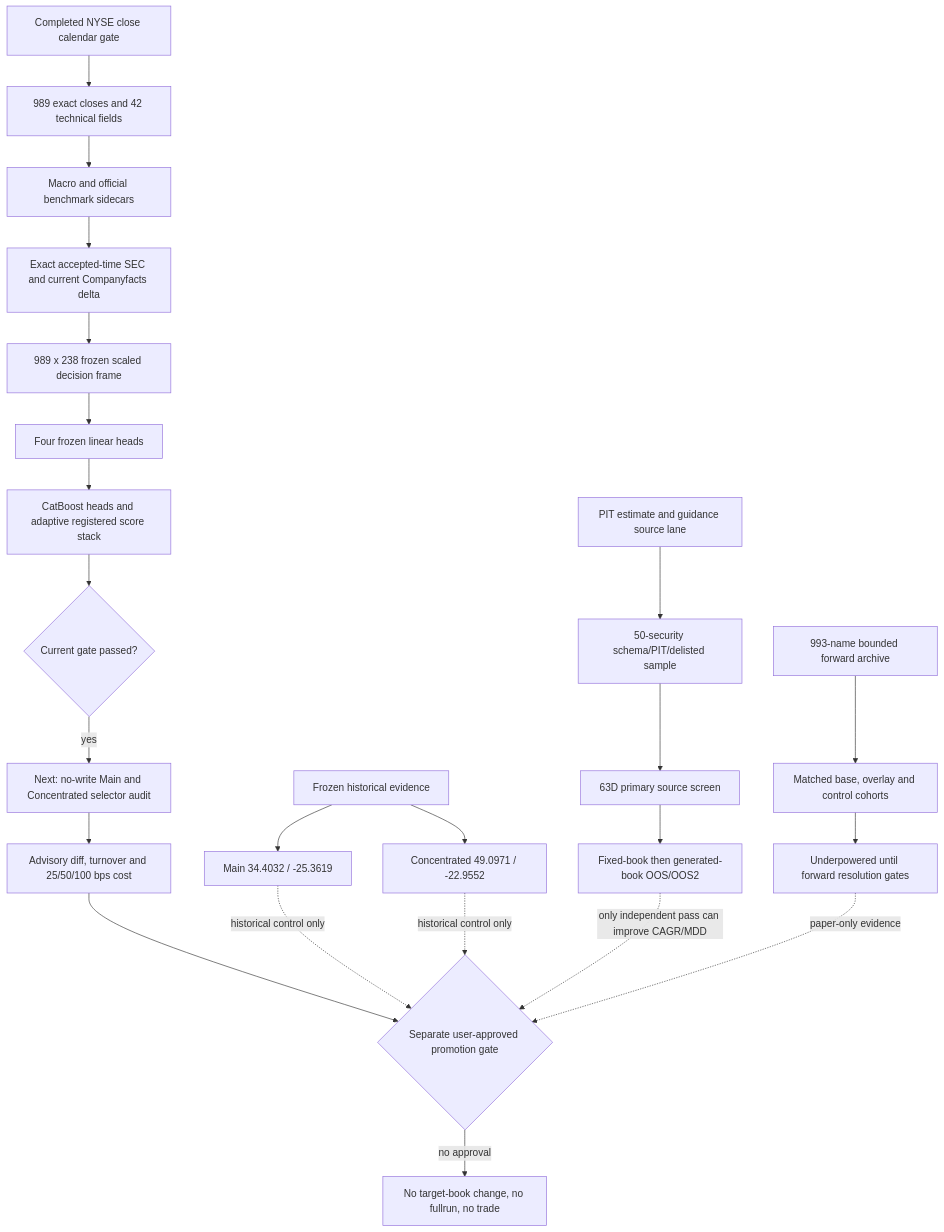
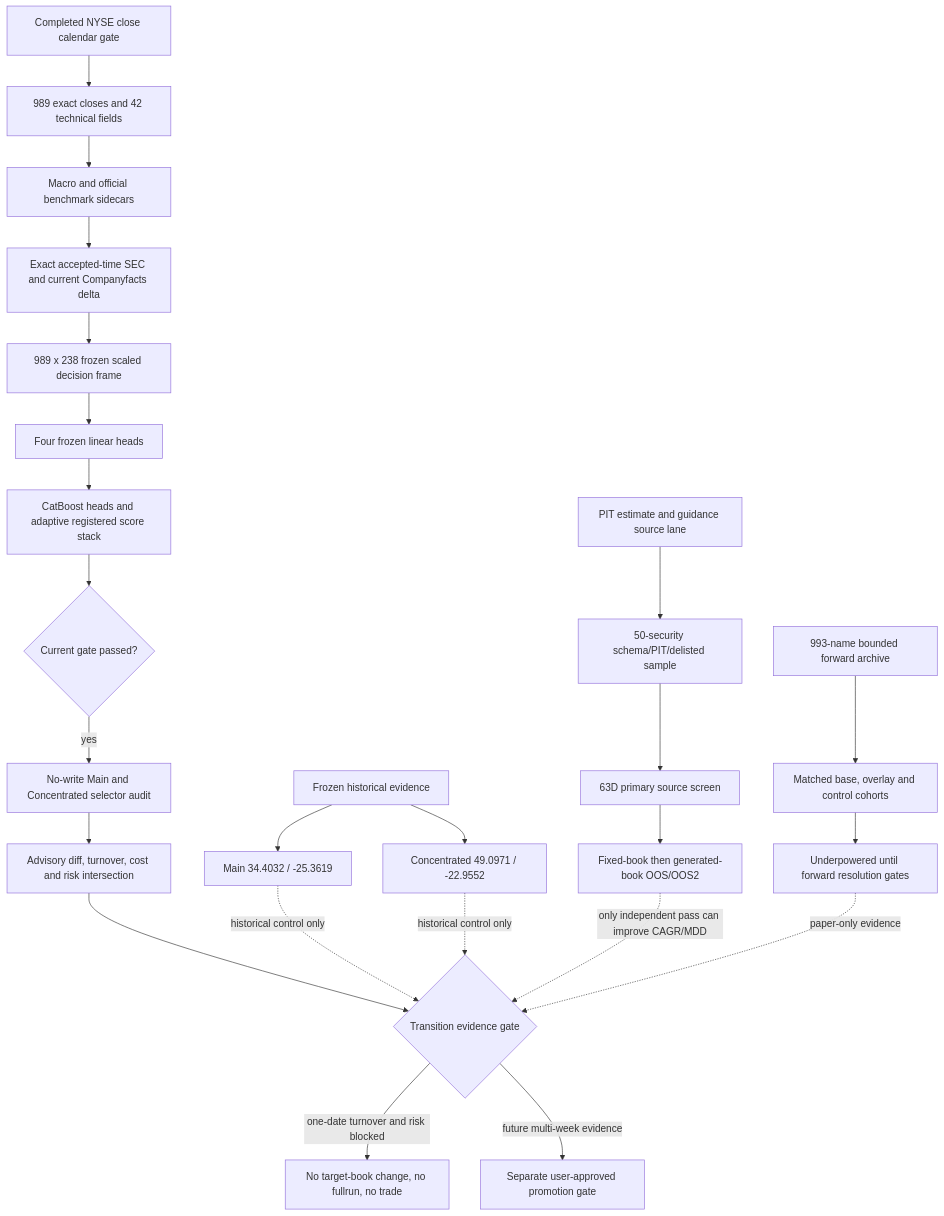
One commit to wscha231/r1000-quant-engine changed the diagram in docs/CODEX_RUN287_SYSTEM_FLOW_AND_SCORE_STACK_20260714.md. Above: the diagram before and after it, drawn with Mermaid. The commit also changed other lines of this file and 12 other files, not shown here.

First line of the commit message:
Add current selector no-write review gate (#284)

````diff
--- a/docs/CODEX_RUN287_SYSTEM_FLOW_AND_SCORE_STACK_20260714.md
+++ b/docs/CODEX_RUN287_SYSTEM_FLOW_AND_SCORE_STACK_20260714.md
@@ -13,27 +13,28 @@
 ```mermaid
 flowchart TD
     A[Completed NYSE close calendar gate] --> B[989 exact closes and 42 technical fields]
     B --> C[Macro and official benchmark sidecars]
     C --> D[Exact accepted-time SEC and current Companyfacts delta]
     D --> E[989 x 238 frozen scaled decision frame]
     E --> F[Four frozen linear heads]
     F --> G[CatBoost heads and adaptive registered score stack]
     G --> H{Current gate passed?}
-    H -- yes --> I[Next: no-write Main and Concentrated selector audit]
-    I --> J[Advisory diff, turnover and 25/50/100 bps cost]
-    J --> K{Separate user-approved promotion gate}
-    K -- no approval --> L[No target-book change, no fullrun, no trade]
+    H -- yes --> I[No-write Main and Concentrated selector audit]
+    I --> J[Advisory diff, turnover, cost and risk intersection]
+    J --> K{Transition evidence gate}
+    K -- one-date turnover and risk blocked --> L[No target-book change, no fullrun, no trade]
+    K -- future multi-week evidence --> W[Separate user-approved promotion gate]
 
     M[Frozen historical evidence] --> N[Main 34.4032 / -25.3619]
     M --> O[Concentrated 49.0971 / -22.9552]
     P[PIT estimate and guidance source lane] --> Q[50-security schema/PIT/delisted sample]
     Q --> R[63D primary source screen]
     R --> S[Fixed-book then generated-book OOS/OOS2]
     T[993-name bounded forward archive] --> U[Matched base, overlay and control cohorts]
     U --> V[Underpowered until forward resolution gates]
 
     N -. historical control only .-> K
     O -. historical control only .-> K
     S -. only independent pass can improve CAGR/MDD .-> K
     V -. paper-only evidence .-> K
 ```
````
